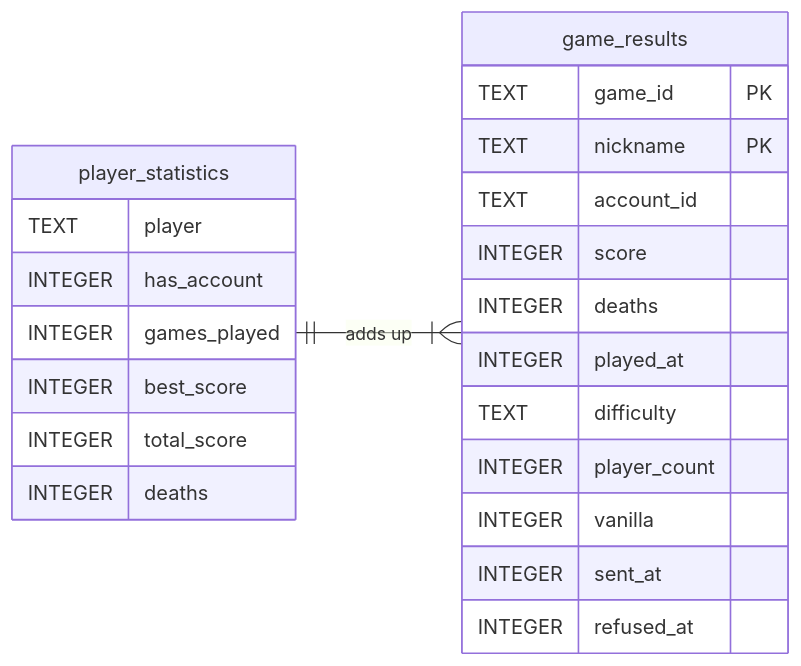
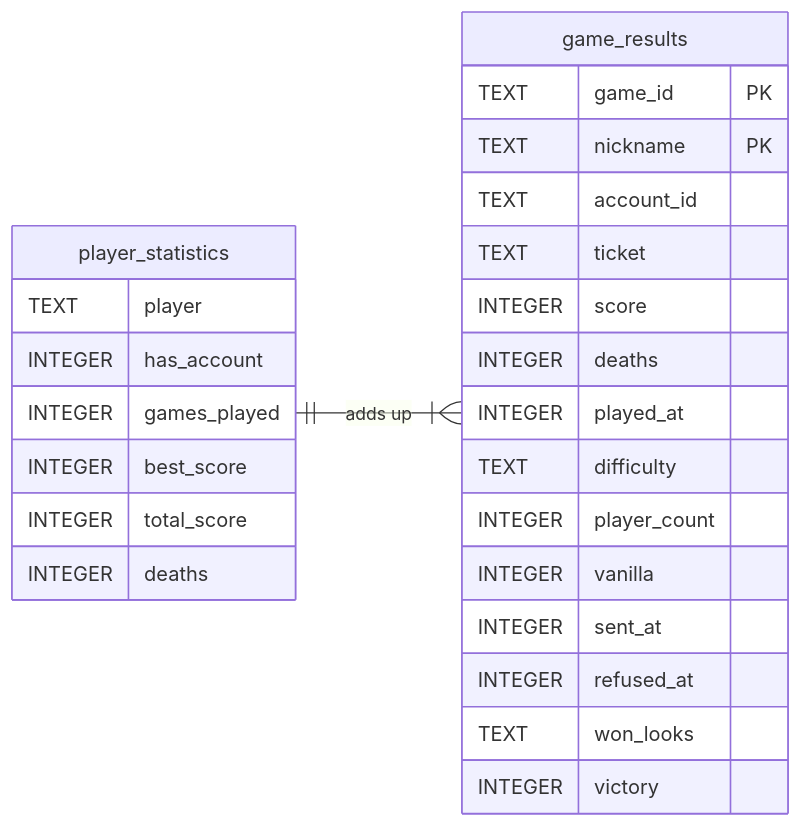
Before and after one commit to nique-epi/R-Type: the third of 3 diagrams in docs/src/content/docs/server.md, drawn with Mermaid. The commit also changed other lines of this file and 947 other files, not shown here.

````diff
--- a/docs/src/content/docs/server.md
+++ b/docs/src/content/docs/server.md
@@ -1375,28 +1375,31 @@
 ```mermaid
 erDiagram
   accTitle: The SQLite file of a server
   accDescr: The table game_results holds one row per player of each finished game, keyed by game_id and nickname. The view player_statistics adds up the rows of each player and holds no data of its own.
   direction LR
   game_results {
     TEXT game_id PK
     TEXT nickname PK
     TEXT account_id
+    TEXT ticket
     INTEGER score
     INTEGER deaths
     INTEGER played_at
     TEXT difficulty
     INTEGER player_count
     INTEGER vanilla
     INTEGER sent_at
     INTEGER refused_at
+    TEXT won_looks
+    INTEGER victory
   }
   player_statistics {
     TEXT player
     INTEGER has_account
     INTEGER games_played
     INTEGER best_score
     INTEGER total_score
     INTEGER deaths
   }
   player_statistics ||--|{ game_results : "adds up"
 ```
````
